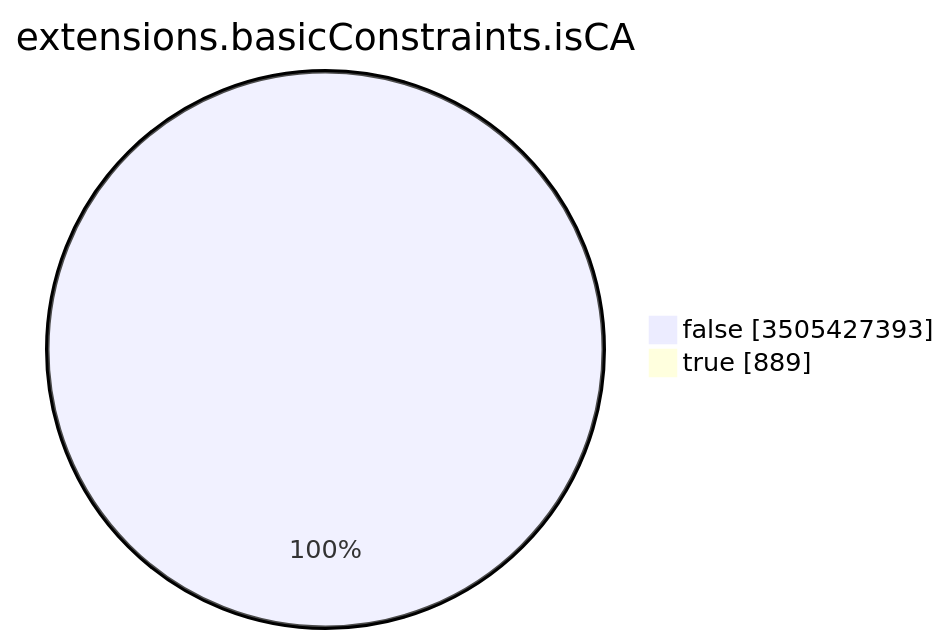
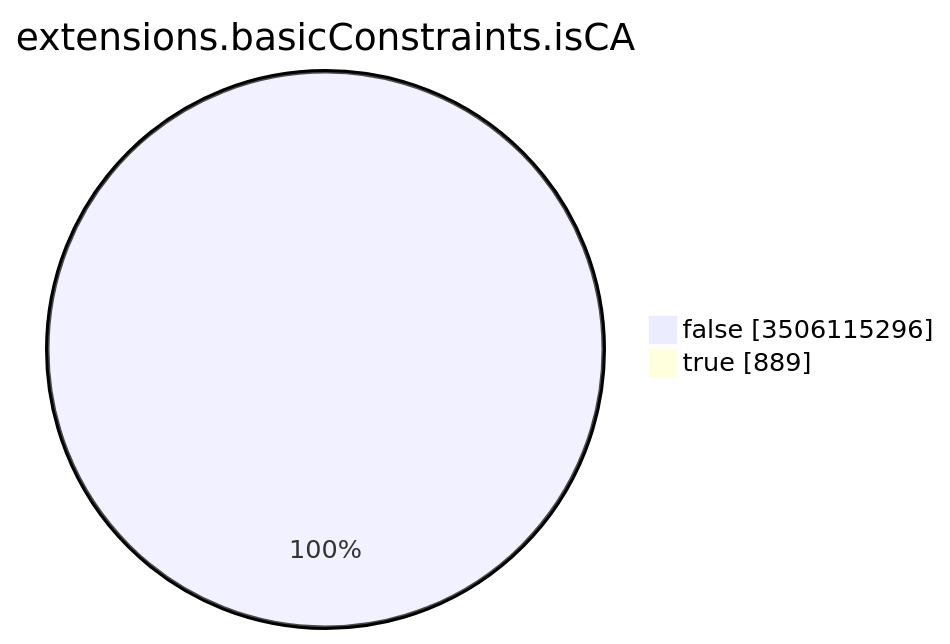
Before and after one commit to christiankrug/ctmonitor_visualization: the seventh of 15 diagrams in TOTAL/README.md, drawn with Mermaid. The commit also changed other lines of this file, not shown here.

````diff
--- a/TOTAL/README.md
+++ b/TOTAL/README.md
@@ -3094,6 +3094,6 @@
 ```mermaid
 pie showData
 title extensions.basicConstraints.isCA
-"false" :3505427393
+"false" :3506115296
 "true" :889
 ```
````
